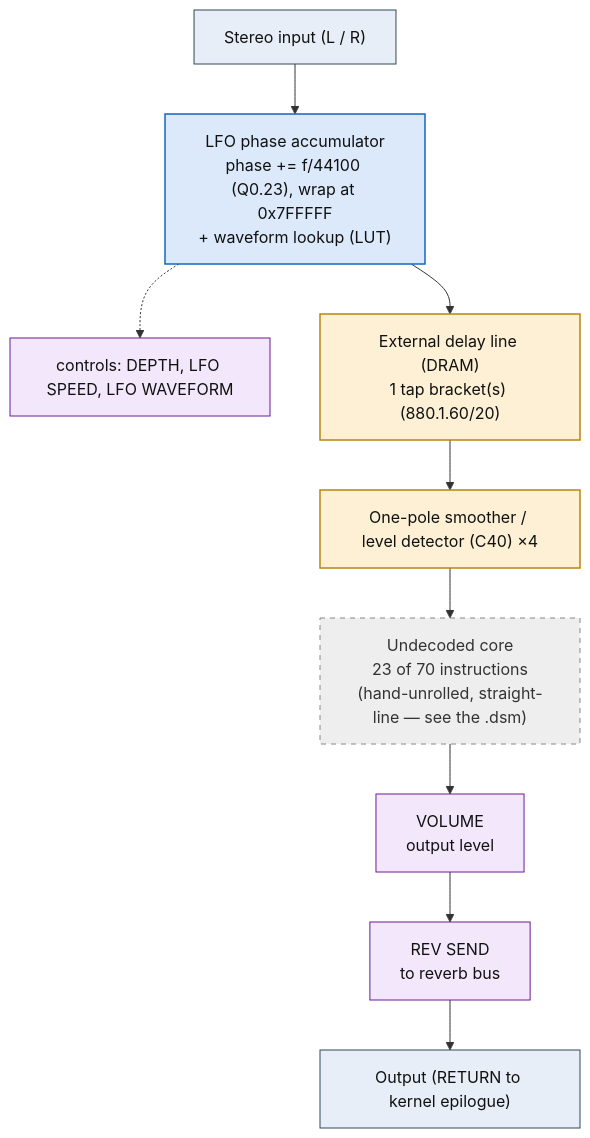
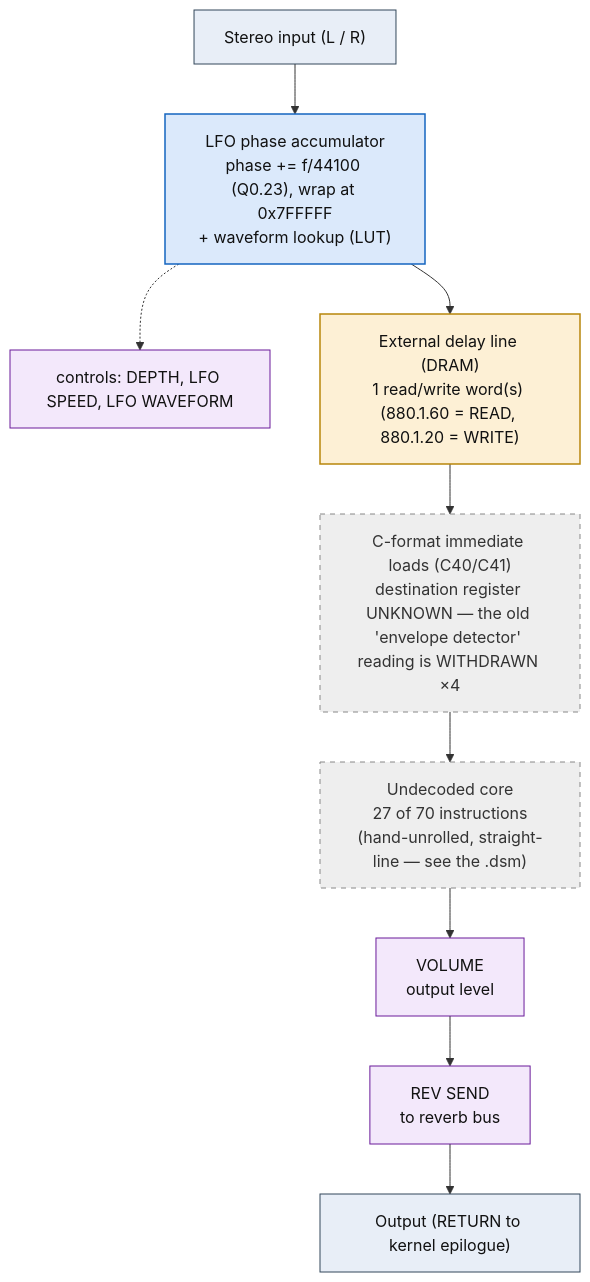
One commit to ArqueologiaDigital/kn5000-roms-disasm changed the diagram in dsp/flowcharts/prog01_chorus.md. Above: the diagram before and after it, drawn with Mermaid. The commit also changed other lines of this file and 86 other files, not shown here.

````diff
--- a/dsp/flowcharts/prog01_chorus.md
+++ b/dsp/flowcharts/prog01_chorus.md
@@ -12,32 +12,32 @@
 ```mermaid
 flowchart TD
     N0["Stereo input (L / R)"]
     N1["LFO phase accumulator<br/>phase += f/44100 (Q0.23), wrap at 0x7FFFFF<br/>+ waveform lookup (LUT)"]
     N0 --> N1
     N2["controls: DEPTH, LFO SPEED, LFO WAVEFORM"]
     N1 -.-> N2
-    N3["External delay line (DRAM)<br/>1 tap bracket(s) (880.1.60/20)"]
+    N3["External delay line (DRAM)<br/>1 read/write word(s) (880.1.60 = READ, 880.1.20 = WRITE)"]
     N1 --> N3
-    N4["One-pole smoother / level detector (C40) &times;4"]
+    N4["C-format immediate loads (C40/C41)<br/>destination register UNKNOWN &mdash; the old 'envelope detector' reading is WITHDRAWN &times;4"]
     N3 --> N4
-    N5["Undecoded core<br/>23 of 70 instructions<br/>(hand-unrolled, straight-line &mdash; see the .dsm)"]
+    N5["Undecoded core<br/>27 of 70 instructions<br/>(hand-unrolled, straight-line &mdash; see the .dsm)"]
     N4 --> N5
     N6["VOLUME<br/>output level"]
     N5 --> N6
     N7["REV SEND<br/>to reverb bus"]
     N6 --> N7
     N8["Output (RETURN to kernel epilogue)"]
     N7 --> N8
 
     classDef io fill:#e8eef7,stroke:#33475b,stroke-width:1px,color:#111;
     classDef proven fill:#d7f0d7,stroke:#2e7d32,stroke-width:2px,color:#111;
     classDef measured fill:#dbe9fb,stroke:#1565c0,stroke-width:1.5px,color:#111;
     classDef inferred fill:#fdf0d5,stroke:#b8860b,stroke-width:1.5px,color:#111;
     classDef open fill:#eeeeee,stroke:#888,stroke-width:1px,color:#333,stroke-dasharray:5 5;
     classDef ctrl fill:#f3e8fb,stroke:#6a1b9a,stroke-width:1px,color:#111;
     class N0,N8 io;
     class N1 measured;
     class N2,N6,N7 ctrl;
-    class N3,N4 inferred;
-    class N5 open;
+    class N3 inferred;
+    class N4,N5 open;
 ```
````
